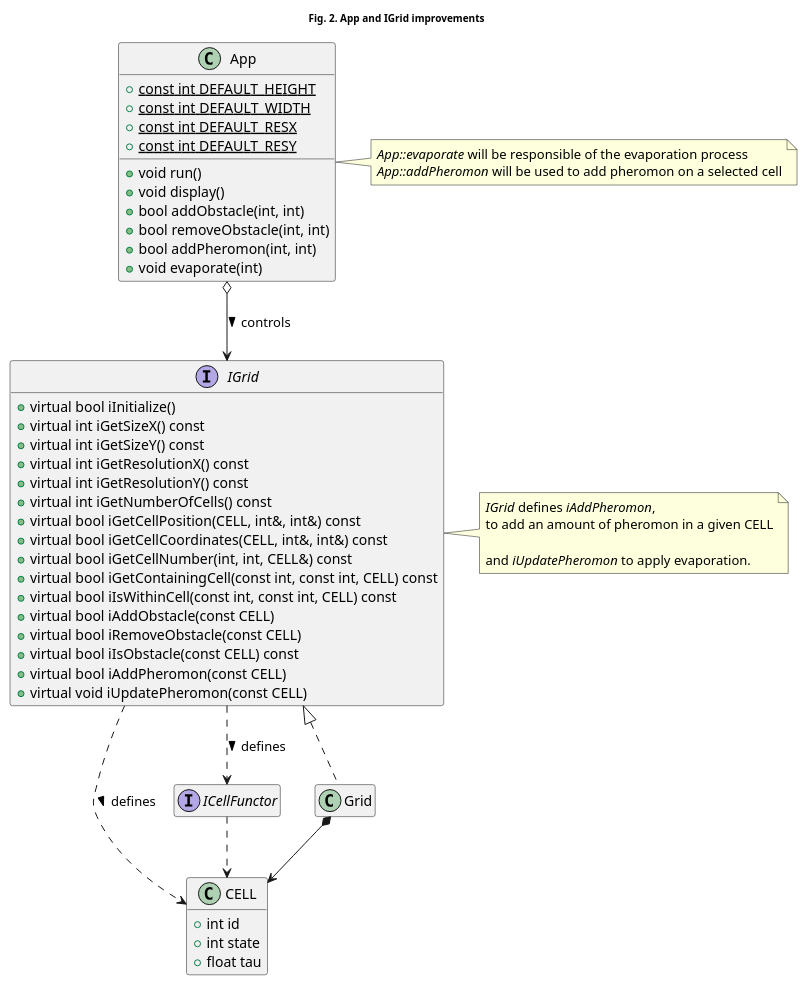
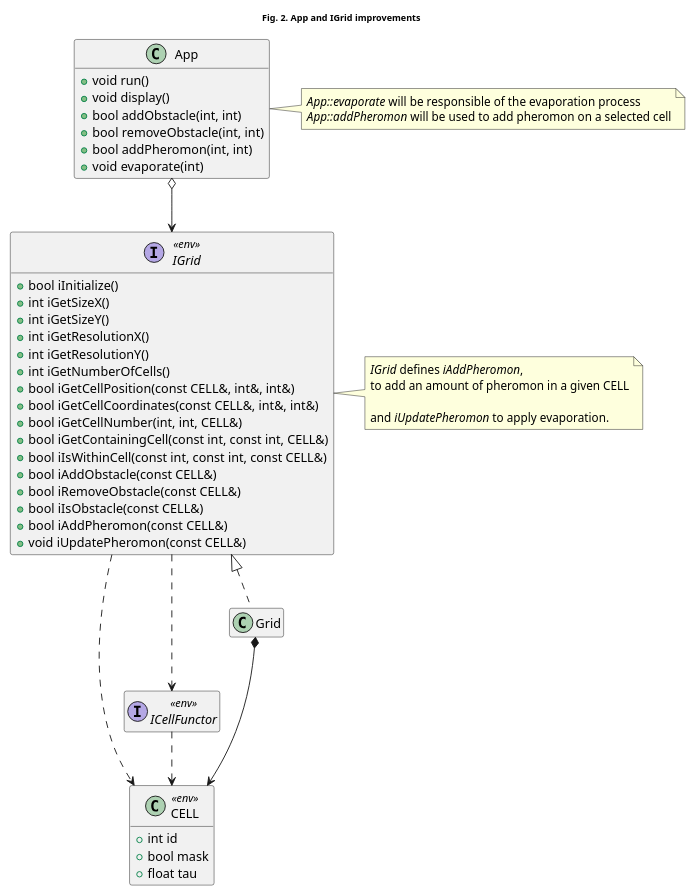
The second of 3 diagrams in _posts/modsim/2020-10-12-pheromons-evaporation.md (kanmeugne/kanmeugne.github.io), drawn with PlantUML before and after one commit. The commit also changed other lines of this file and 3 other files, not shown here.

```diff
--- a/_posts/modsim/2020-10-12-pheromons-evaporation.md
+++ b/_posts/modsim/2020-10-12-pheromons-evaporation.md
@@ -64,63 +102,61 @@
 {% plantuml %}
 @startuml
+scale 0.9
 title: <size:10>Fig. 2. App and IGrid improvements</size>
 class App {
-    + {static} const int DEFAULT_HEIGHT
-    + {static} const int DEFAULT_WIDTH
-    + {static} const int DEFAULT_RESX
-    + {static} const int DEFAULT_RESY
     + void run()
     + void display()
     + bool addObstacle(int, int)
     + bool removeObstacle(int, int)
     + bool addPheromon(int, int)
     + void evaporate(int)
 }
 note right
 <i>App::evaporate</i> will be responsible of the evaporation process
 <i>App::addPheromon</i> will be used to add pheromon on a selected cell
 end note
-class CELL {
+class CELL <<env>> {
     + int id
-    + int state
+    + bool mask
     + float tau
 }
-interface ICellFunctor {
+interface ICellFunctor <<env>> {
     + virtual void operator(const CELL)
 }
-interface IGrid {
-    + virtual bool iInitialize()
-    + virtual int iGetSizeX() const
-    + virtual int iGetSizeY() const
-    + virtual int iGetResolutionX() const
-    + virtual int iGetResolutionY() const
-    + virtual int iGetNumberOfCells() const
-    + virtual bool iGetCellPosition(CELL, int&, int&) const
-    + virtual bool iGetCellCoordinates(CELL, int&, int&) const
-    + virtual bool iGetCellNumber(int, int, CELL&) const
-    + virtual bool iGetContainingCell(const int, const int, CELL) const
-    + virtual bool iIsWithinCell(const int, const int, CELL) const
-    + virtual bool iAddObstacle(const CELL)
-    + virtual bool iRemoveObstacle(const CELL)
-    + virtual bool iIsObstacle(const CELL) const
-    + virtual bool iAddPheromon(const CELL)
-    + virtual void iUpdatePheromon(const CELL)
+interface IGrid <<env>> {
+    + bool iInitialize()
+    + int iGetSizeX()
+    + int iGetSizeY()
+    + int iGetResolutionX()
+    + int iGetResolutionY()
+    + int iGetNumberOfCells()
+    + bool iGetCellPosition(const CELL&, int&, int&)
+    + bool iGetCellCoordinates(const CELL&, int&, int&)
+    + bool iGetCellNumber(int, int, CELL&)
+    + bool iGetContainingCell(const int, const int, CELL&)
+    + bool iIsWithinCell(const int, const int, const CELL&)
+    + bool iAddObstacle(const CELL&)
+    + bool iRemoveObstacle(const CELL&)
+    + bool iIsObstacle(const CELL&)
+    + bool iAddPheromon(const CELL&)
+    + void iUpdatePheromon(const CELL&)
 }
 note right
 <i>IGrid</i> defines <i>iAddPheromon</i>,
 to add an amount of pheromon in a given CELL
 
 and <i>iUpdatePheromon</i> to apply evaporation.
 end note
 class Grid implements IGrid 
-IGrid ..> CELL : defines >
-IGrid ..> ICellFunctor : defines >
+IGrid ..> CELL
+IGrid ..> ICellFunctor
 ICellFunctor ..> CELL
-Grid *--> CELL
-App o--> IGrid : controls >
+Grid *---> CELL
+App o--> IGrid
 hide IGrid fields
 hide CELL methods
 hide Grid members
 hide ICellFunctor members
+hide App fields
 @enduml
 {% endplantuml %}
```
